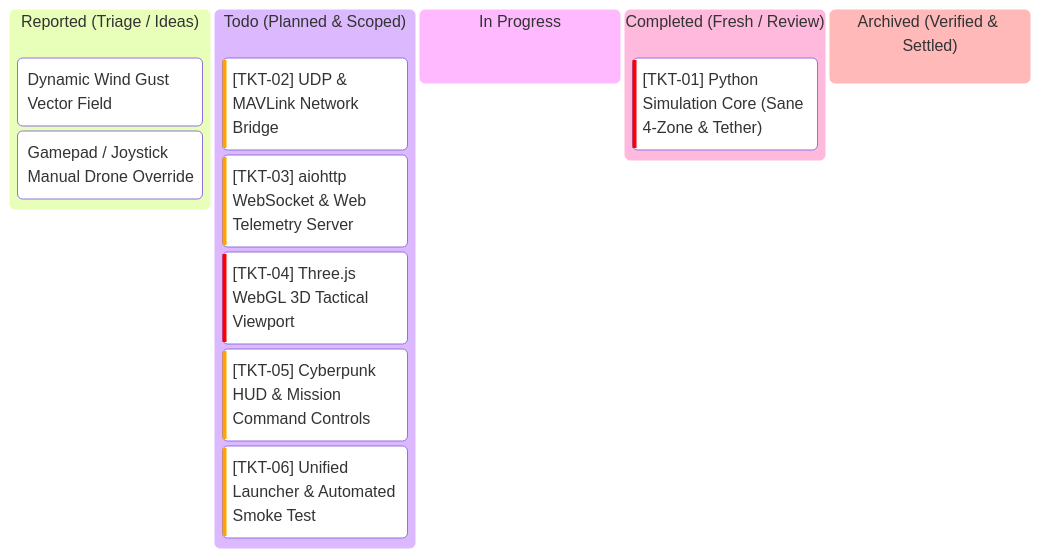
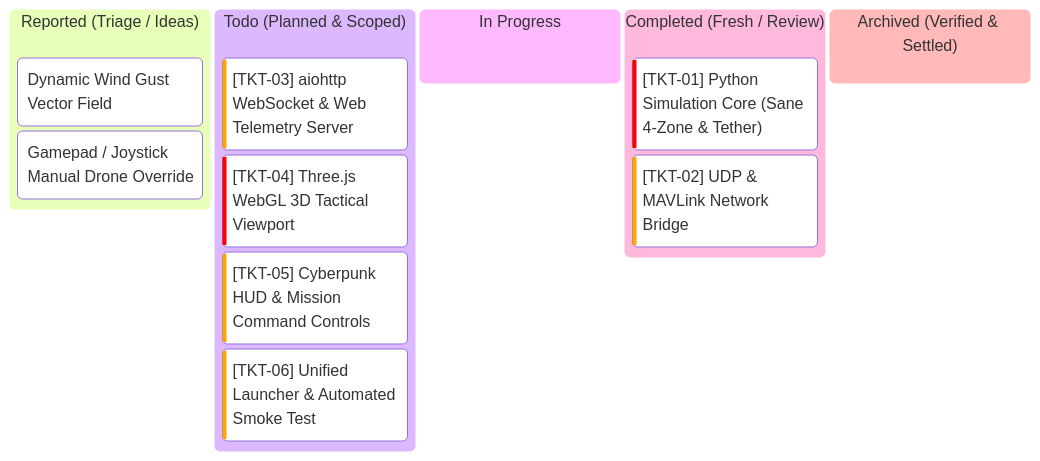
The diagram in kanban.md (AlitheiaDeus/SwarmTech_v3-Uprising), drawn with Mermaid before and after one commit. The commit also changed other lines of this file and 2 other files, not shown here.

Commit message:
feat(network): implement UDP telemetry and MAVLink bridge [TKT-02]

````diff
--- a/kanban.md
+++ b/kanban.md
@@ -7,16 +7,16 @@
 ```mermaid
 kanban
   reported["Reported (Triage / Ideas)"]
     idea1["Dynamic Wind Gust Vector Field"]
     idea2["Gamepad / Joystick Manual Drone Override"]
   todo["Todo (Planned & Scoped)"]
-    tkt2["[TKT-02] UDP & MAVLink Network Bridge"]@{ priority: 'High' }
     tkt3["[TKT-03] aiohttp WebSocket & Web Telemetry Server"]@{ priority: 'High' }
     tkt4["[TKT-04] Three.js WebGL 3D Tactical Viewport"]@{ priority: 'Very High' }
     tkt5["[TKT-05] Cyberpunk HUD & Mission Command Controls"]@{ priority: 'High' }
     tkt6["[TKT-06] Unified Launcher & Automated Smoke Test"]@{ priority: 'High' }
   in_progress["In Progress"]
   completed["Completed (Fresh / Review)"]
     tkt1["[TKT-01] Python Simulation Core (Sane 4-Zone & Tether)"]@{ priority: 'Very High' }
+    tkt2["[TKT-02] UDP & MAVLink Network Bridge"]@{ priority: 'High' }
   archived["Archived (Verified & Settled)"]
 ```
````
